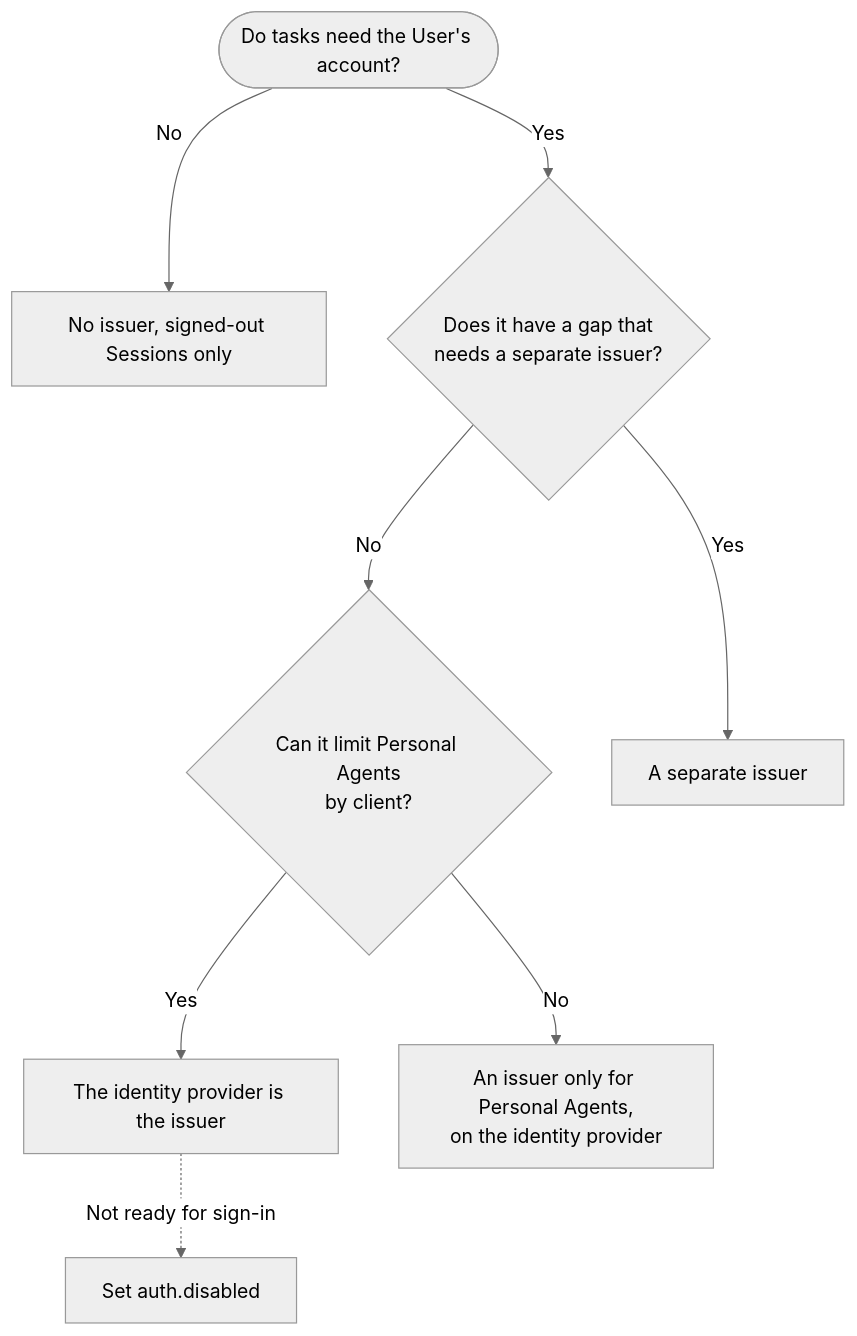
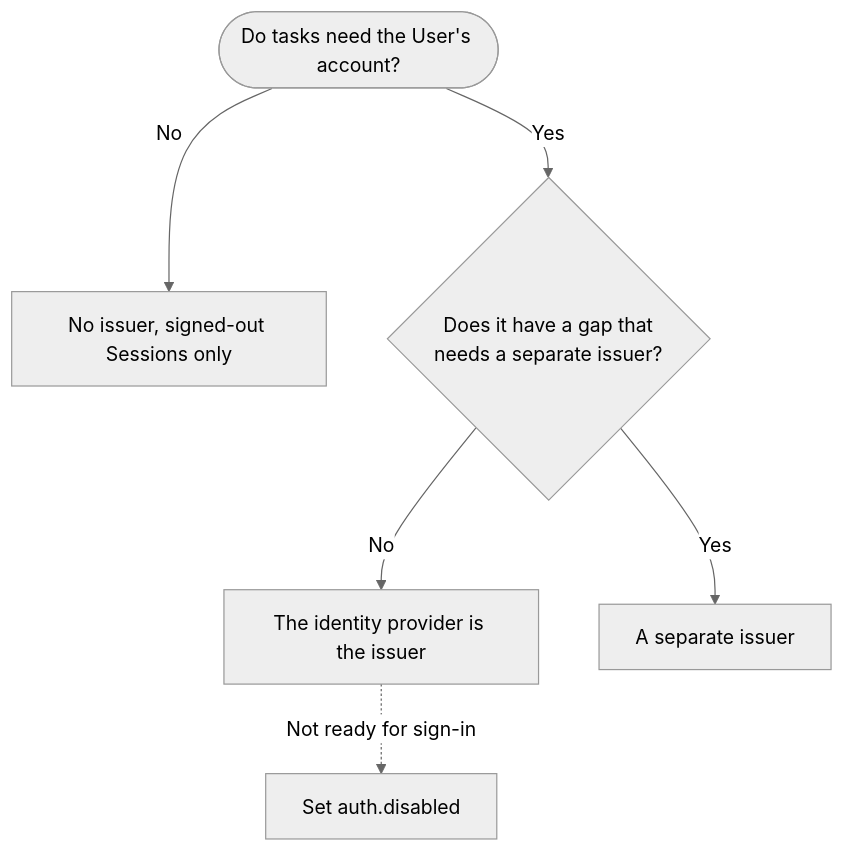
Before and after one commit to gaokevin1/personal-agent-protocol: the first of 8 diagrams in kit/company/patterns/identity-provider.md, drawn with Mermaid (neutral theme). The commit also changed other lines of this file and 3 other files, not shown here.

First line of the commit message:
Fold the second issuer on the identity provider into a Watch for line

````diff
--- a/kit/company/patterns/identity-provider.md
+++ b/kit/company/patterns/identity-provider.md
@@ -19,10 +17,8 @@
 ```mermaid
 flowchart TD
   start([Do tasks need the User's account?]) -->|No| none[No issuer, signed-out Sessions only]
   start -->|Yes| gaps{Does it have a gap that<br/>needs a separate issuer?}
-  gaps -->|No| limit{Can it limit Personal Agents<br/>by client?}
-  limit -->|Yes| idp[The identity provider is the issuer]
-  limit -->|No| sub[An issuer only for Personal Agents,<br/>on the identity provider]
+  gaps -->|No| idp[The identity provider is the issuer]
   gaps -->|Yes| agent[A separate issuer]
   idp -.->|Not ready for sign-in| disabled[Set auth.disabled]
 ```
````
